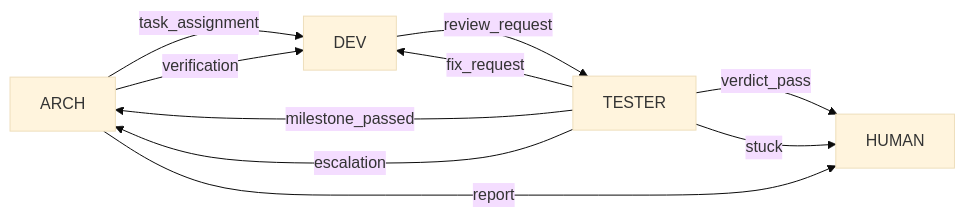
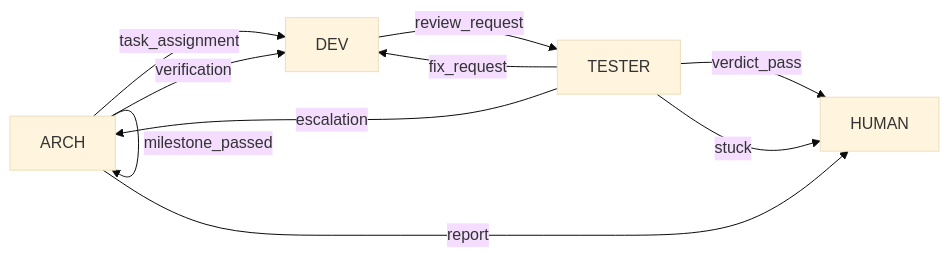
The diagram in docs/protocol.md (liwen-aaa/CoWork3r), drawn with Mermaid (base theme) before and after one commit. The commit also changed other lines of this file and 1 other file, not shown here.

Commit message:
生成物重生：protocol.md 补方案 A 的 from→arch + progress.md 实测计数（M2 断言恢复绿）

````diff
--- a/docs/protocol.md
+++ b/docs/protocol.md
@@ -27,16 +27,16 @@
 ```mermaid
 flowchart LR
   arch["ARCH"]
   dev["DEV"]
   tester["TESTER"]
   human["HUMAN"]
   arch -->|task_assignment| dev
   arch -->|verification| dev
   dev -->|review_request| tester
   tester -->|fix_request| dev
   tester -->|verdict_pass| human
-  tester -->|milestone_passed| arch
+  arch -->|milestone_passed| arch
   tester -->|escalation| arch
   tester -->|stuck| human
   arch -->|report| human
 ```
````
